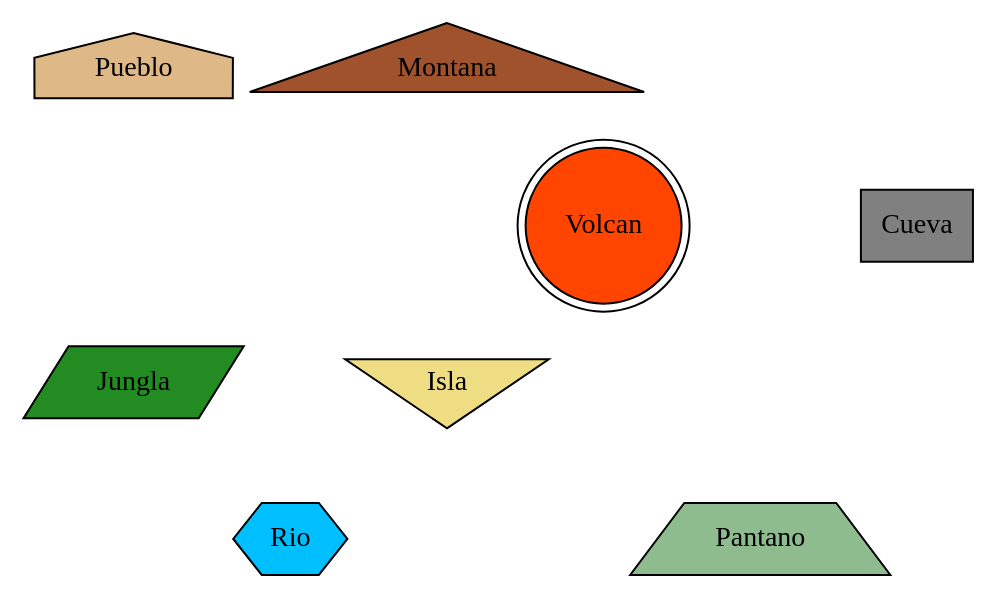
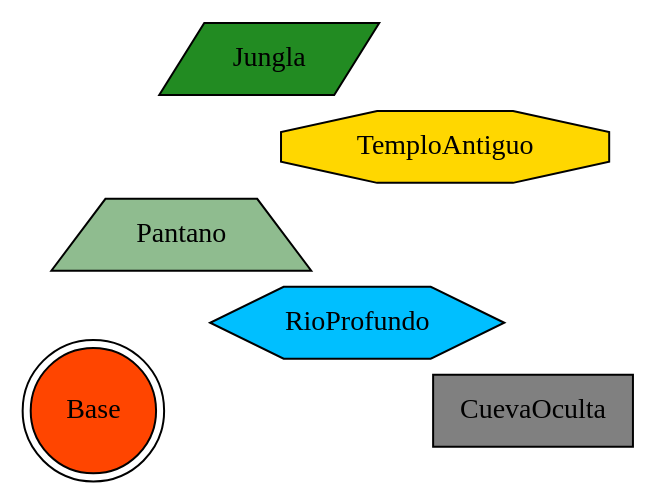
One commit to AlvaroCeballos/-LFP-202300673- changed the diagram in Proyecto 2/archivo.dot. Above: the diagram before and after it, drawn with Graphviz. The commit also changed 6 other files, not shown here.

```diff
--- a/Proyecto 2/archivo.dot
+++ b/Proyecto 2/archivo.dot
@@ -1,4 +1,4 @@
 digraph G {
 node [style=filled fontname="Noto Color Emoji"];
 graph [layout=neato, splines=true, overlap=false];
-Montana[label="Montana", shape=triangle, fillcolor= sienna, pos="2,3!"];Volcan[label="Volcan", shape=doublecircle, fillcolor= orangered, pos="3,2!"];Jungla[label="Jungla", shape=parallelogram, fillcolor= forestgreen, pos="0,1!"];Pueblo[label="Pueblo", shape=house, fillcolor= burlywood, pos="0,3!"];Pantano[label="Pantano", shape=trapezium, fillcolor= darkseagreen, pos="4,0!"];Cueva[label="Cueva", shape=box, fillcolor= gray, pos="5,2!"];Rio[label="Rio", shape=hexagon, fillcolor= deepskyblue, pos="1,0!"];Isla[label="Isla", shape=invtriangle, fillcolor= lightgoldenrod, pos="2,1!"];}
+Jungla[label="Jungla", shape=parallelogram, fillcolor= forestgreen, pos="2,4!"];Pantano[label="Pantano", shape=trapezium, fillcolor= darkseagreen, pos="1,2!"];RioProfundo[label="RioProfundo", shape=hexagon, fillcolor= deepskyblue, pos="3,1!"];TemploAntiguo[label="TemploAntiguo", shape=octagon, fillcolor= gold, pos="4,3!"];CuevaOculta[label="CuevaOculta", shape=box, fillcolor= gray, pos="5,0!"];Base[label="Base", shape=doublecircle, fillcolor= orangered, pos="0,0!"];}
```
